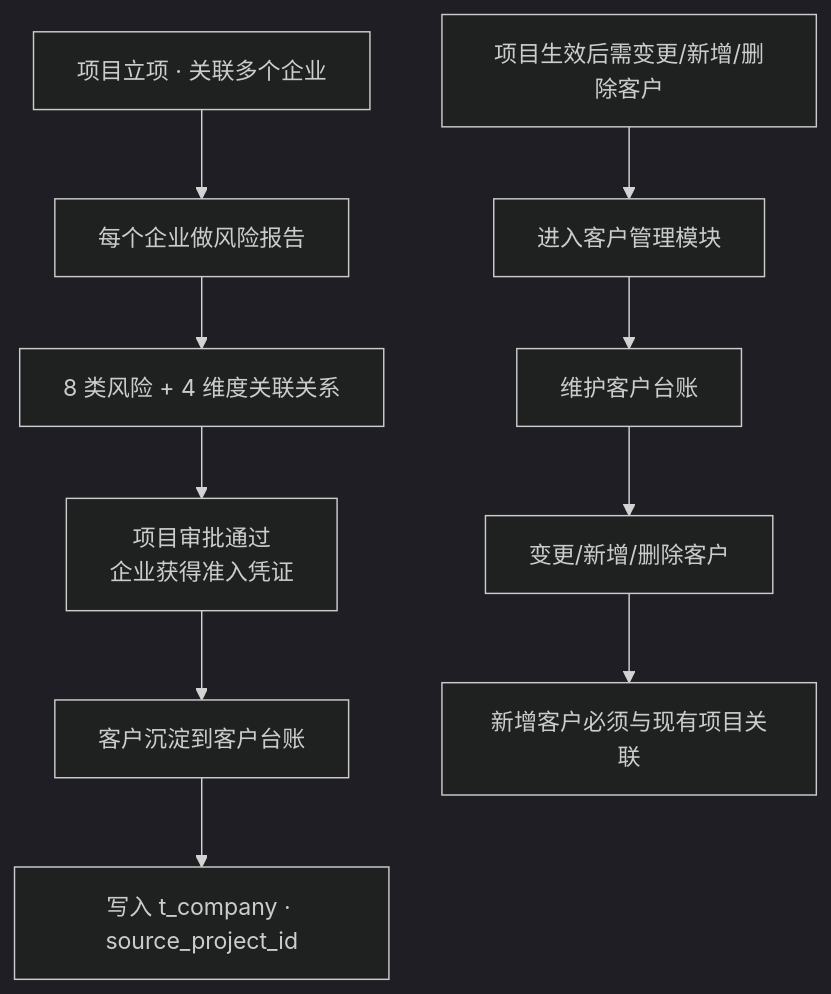
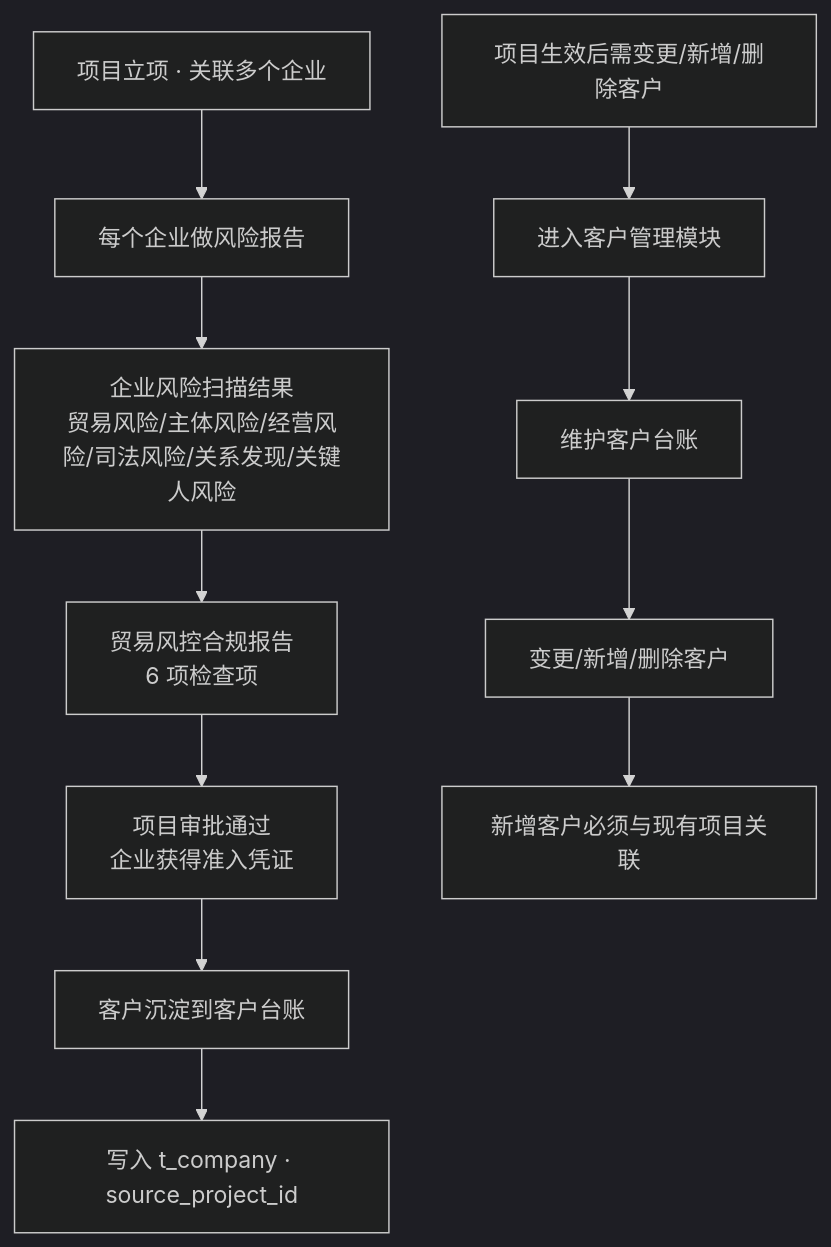
Before and after one commit to Ummyue/gyt-admin: the third of 5 diagrams in docs-v2/02.01-项目管理.md, drawn with Mermaid (dark theme). The commit also changed other lines of this file and 40 other files, not shown here.

````diff
--- a/docs-v2/02.01-项目管理.md
+++ b/docs-v2/02.01-项目管理.md
@@ -167,12 +201,13 @@
 ```mermaid
 flowchart TB
     A["项目立项 · 关联多个企业"] --> B["每个企业做风险报告"]
-    B --> C["8 类风险 + 4 维度关联关系"]
-    C --> D["项目审批通过<br/>企业获得准入凭证"]
+    B --> C["企业风险扫描结果<br/>贸易风险/主体风险/经营风险/司法风险/关系发现/关键人风险"]
+    C --> C2["贸易风控合规报告<br/>6 项检查项"]
+    C2 --> D["项目审批通过<br/>企业获得准入凭证"]
     D --> E["客户沉淀到客户台账"]
     E --> F["写入 t_company · source_project_id"]
     G["项目生效后需变更/新增/删除客户"] --> H["进入客户管理模块"]
     H --> I["维护客户台账"]
     I --> J["变更/新增/删除客户"]
     J --> K["新增客户必须与现有项目关联"]
 ```
````
